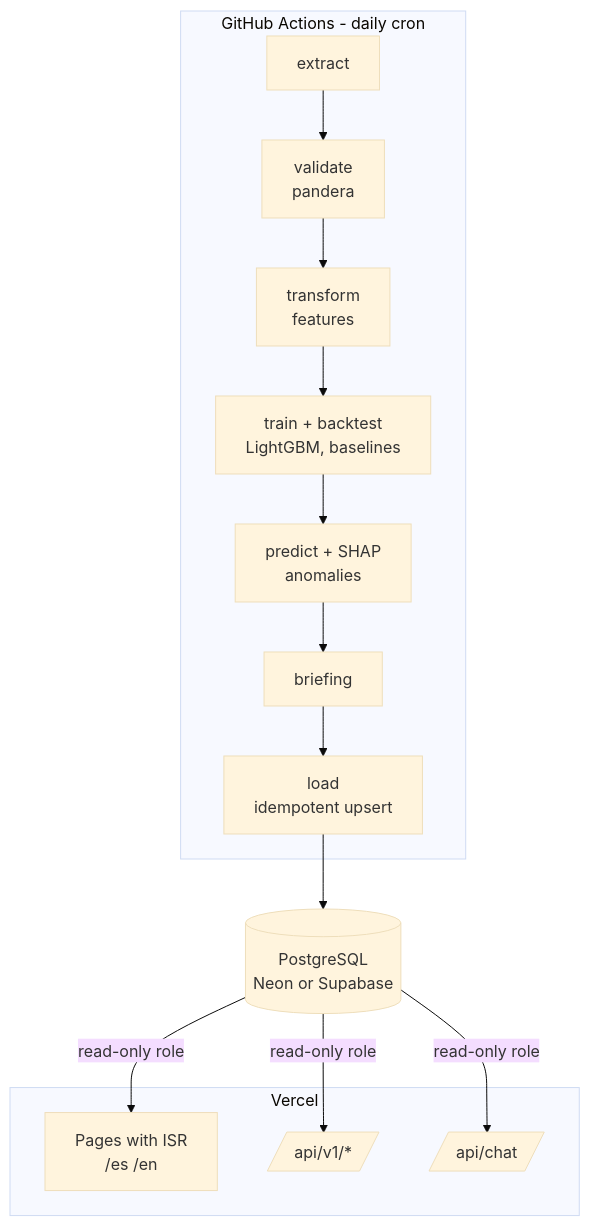
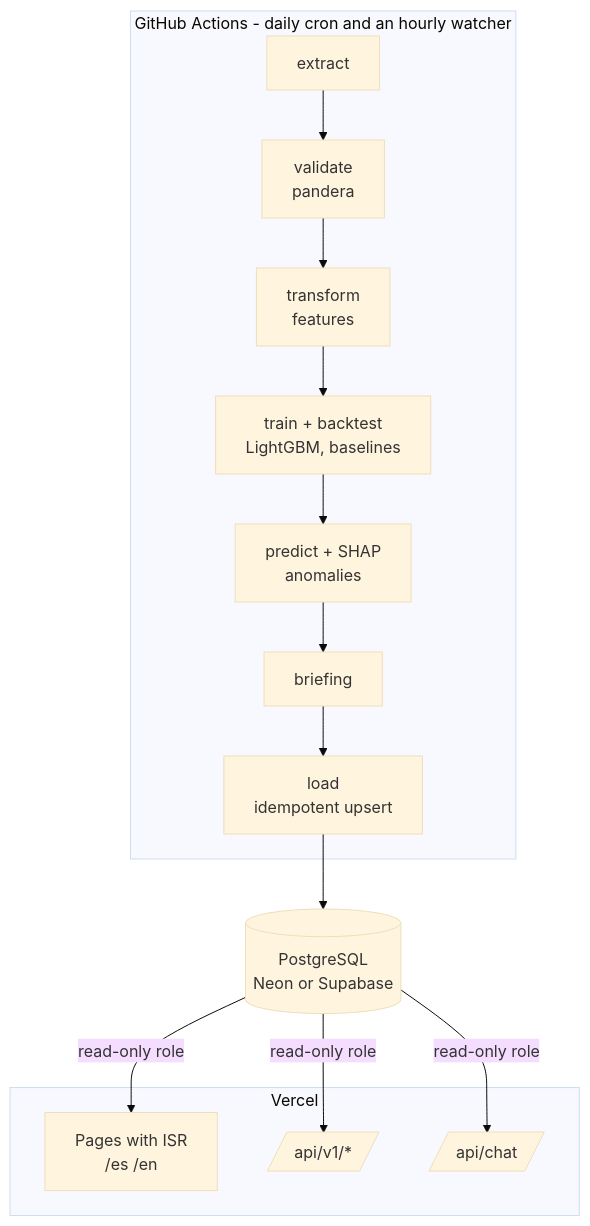
The second of 2 diagrams in docs/architecture.md (Cabranchis/volt-ai), drawn with Mermaid (base theme) before and after one commit. The commit also changed 9 other files, not shown here.

````diff
--- a/docs/architecture.md
+++ b/docs/architecture.md
@@ -20,15 +20,15 @@
 ```mermaid
 flowchart TB
-    subgraph GH[GitHub Actions - daily cron]
+    subgraph GH[GitHub Actions - daily cron and an hourly watcher]
       E[extract] --> VA[validate<br/>pandera] --> T[transform<br/>features] --> M[train + backtest<br/>LightGBM, baselines] --> PR[predict + SHAP<br/>anomalies] --> B[briefing] --> L[load<br/>idempotent upsert]
     end
     L --> DB[(PostgreSQL<br/>Neon or Supabase)]
     subgraph VE[Vercel]
       PG[Pages with ISR<br/>/es /en] 
       API[/api/v1/*/]
       CH[/api/chat/]
     end
     DB -- read-only role --> PG
     DB -- read-only role --> API
     DB -- read-only role --> CH
 ```
````
